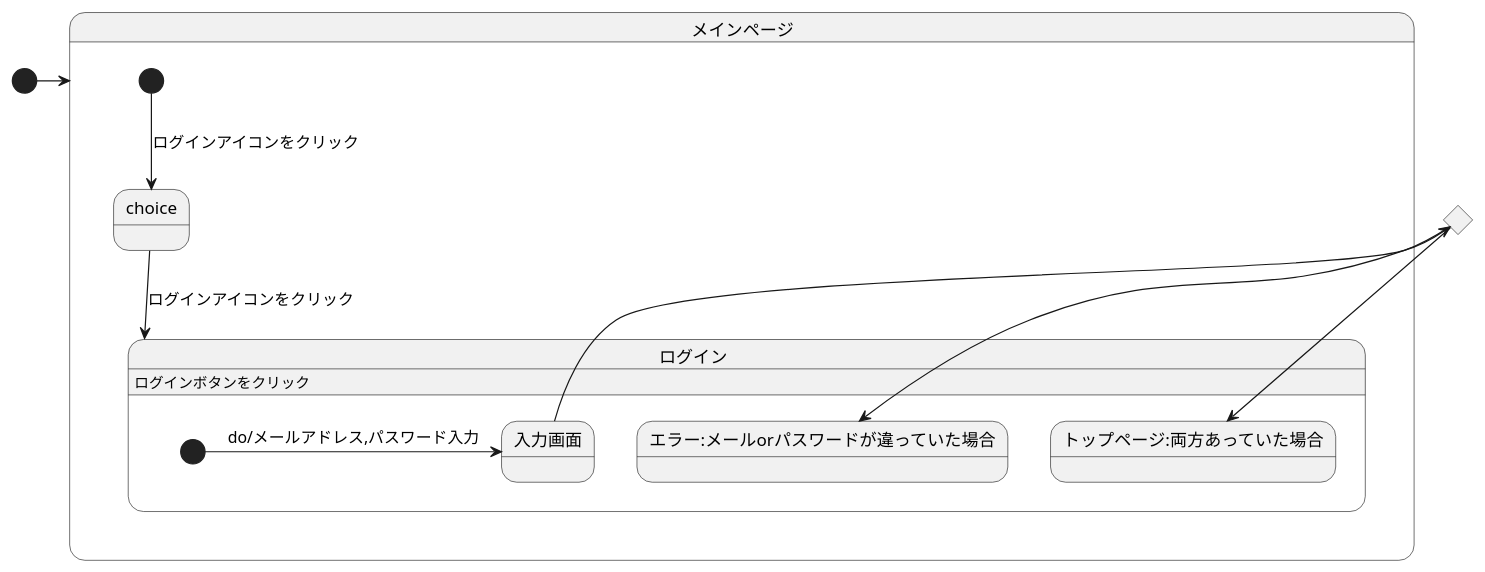
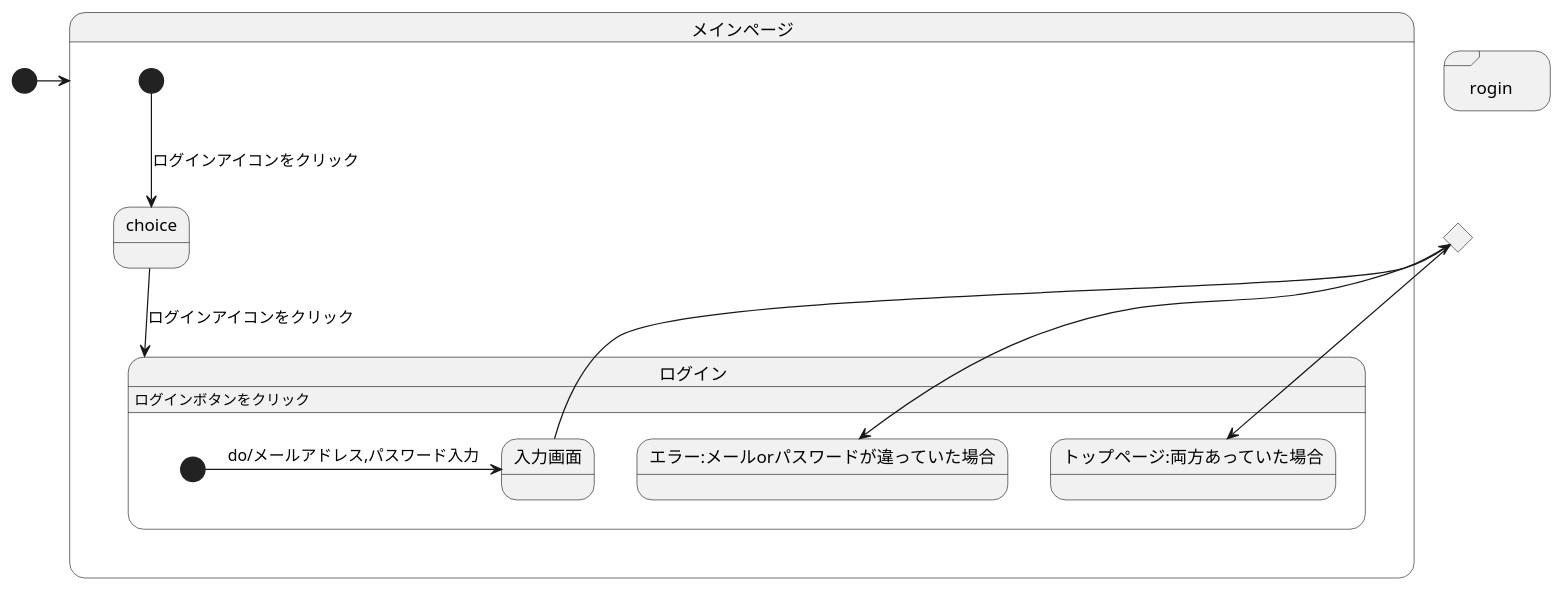
Before and after one commit to akutori/T-D-E: the diagram in UML.md, drawn with PlantUML.

````diff
--- a/UML.md
+++ b/UML.md
@@ -1,22 +1,24 @@
 ```uml
 @startuml
 [*]->メインページ
 state メインページ{
     [*]--> choice : ログインアイコンをクリック
     choice -->ログイン : ログインアイコンをクリック 
     ログイン:ログインボタンをクリック
 
 }
+state "rogin" <<sdlreceive>>
+
 state input <<choice>>
 
 state ログイン{
     [*]-> 入力画面:do/メールアドレス,パスワード入力
     入力画面-->input
     input --> エラー:メールorパスワードが違っていた場合
     input --> トップページ:両方あっていた場合
 }
 
 
 
 @enduml
 ```
````
